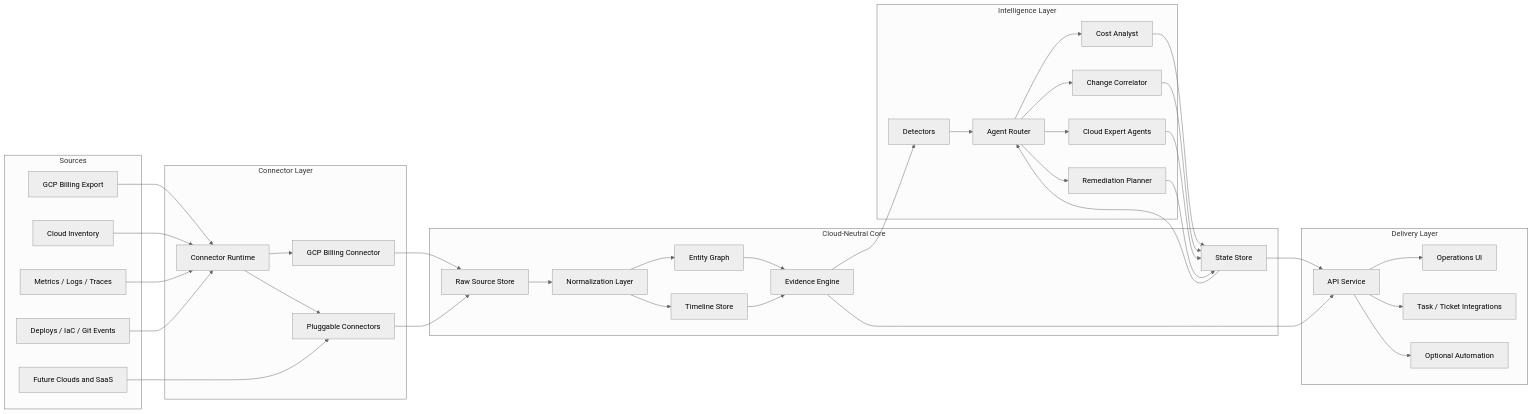
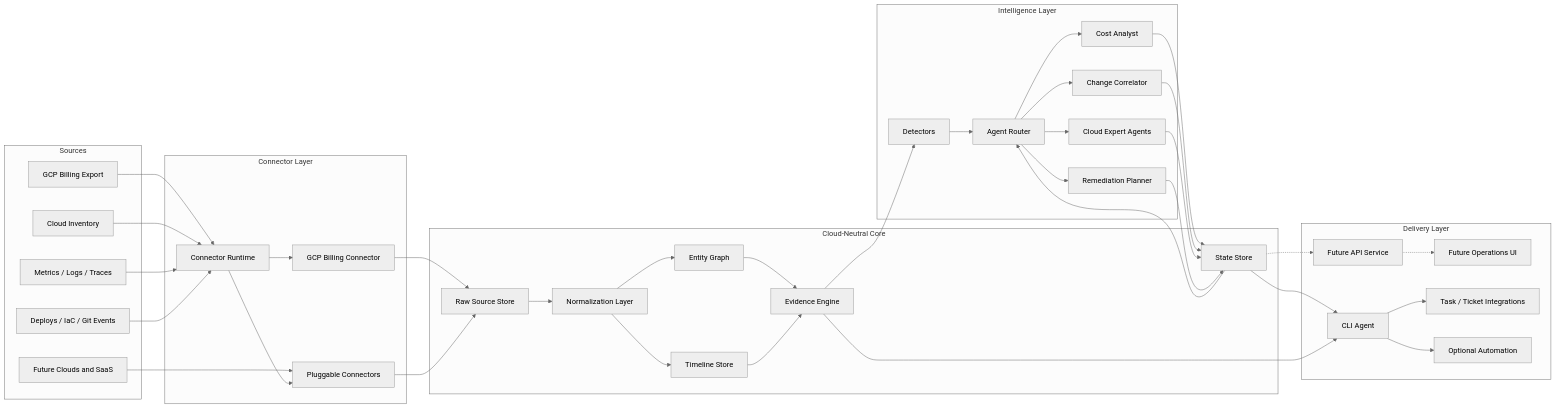
One commit to amir-h-rassafi/FinSRE changed the diagram in README.md. Above: the diagram before and after it, drawn with Mermaid (neutral theme). The commit also changed other lines of this file and 15 other files, not shown here.

Commit message:
Refactor MVP to CLI GCP billing agent

````diff
--- a/README.md
+++ b/README.md
@@ -71,72 +73,74 @@
 ```mermaid
 flowchart LR
     subgraph Sources
         GCP[GCP Billing Export]
         INV[Cloud Inventory]
         OBS[Metrics / Logs / Traces]
         CHG[Deploys / IaC / Git Events]
         OTH[Future Clouds and SaaS]
     end
 
     subgraph ConnectorLayer[Connector Layer]
         CR[Connector Runtime]
         GC[GCP Billing Connector]
         PC[Pluggable Connectors]
     end
 
     subgraph Core[Cloud-Neutral Core]
         RAW[Raw Source Store]
         NORM[Normalization Layer]
         GRAPH[Entity Graph]
         TL[Timeline Store]
         STATE[State Store]
         EVID[Evidence Engine]
     end
 
     subgraph Intelligence[Intelligence Layer]
         DET[Detectors]
         ROUTER[Agent Router]
         CA[Cost Analyst]
         CC[Change Correlator]
         CE[Cloud Expert Agents]
         RP[Remediation Planner]
     end
 
     subgraph Delivery[Delivery Layer]
-        API[API Service]
-        UI[Operations UI]
+        CLI[CLI Agent]
+        API[Future API Service]
+        UI[Future Operations UI]
         TASK[Task / Ticket Integrations]
         AUTO[Optional Automation]
     end
 
     GCP --> CR
     INV --> CR
     OBS --> CR
     CHG --> CR
     OTH --> PC
     CR --> GC
     CR --> PC
     GC --> RAW
     PC --> RAW
     RAW --> NORM
     NORM --> GRAPH
     NORM --> TL
     GRAPH --> EVID
     TL --> EVID
     STATE --> ROUTER
     EVID --> DET
     DET --> ROUTER
     ROUTER --> CA
     ROUTER --> CC
     ROUTER --> CE
     ROUTER --> RP
     CA --> STATE
     CC --> STATE
     CE --> STATE
     RP --> STATE
-    STATE --> API
-    EVID --> API
-    API --> UI
-    API --> TASK
-    API --> AUTO
+    STATE --> CLI
+    EVID --> CLI
+    CLI --> TASK
+    CLI --> AUTO
+    STATE -.-> API
+    API -.-> UI
 ```
````
